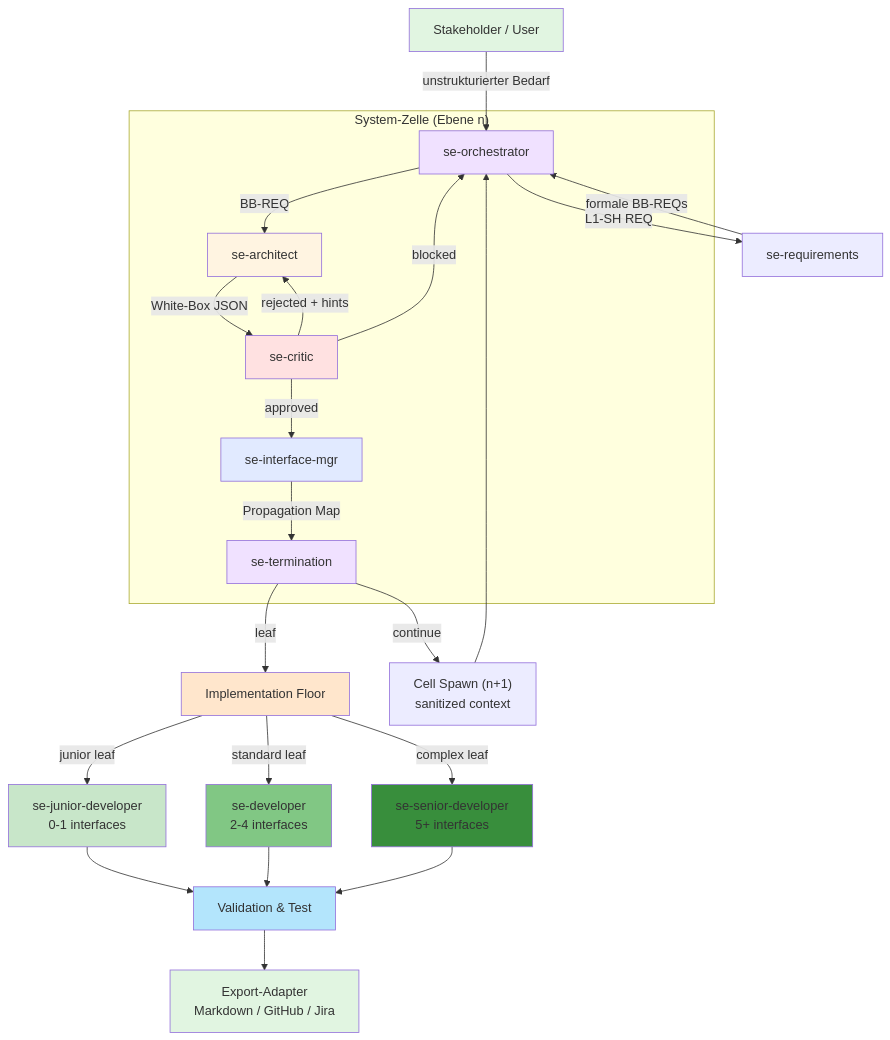
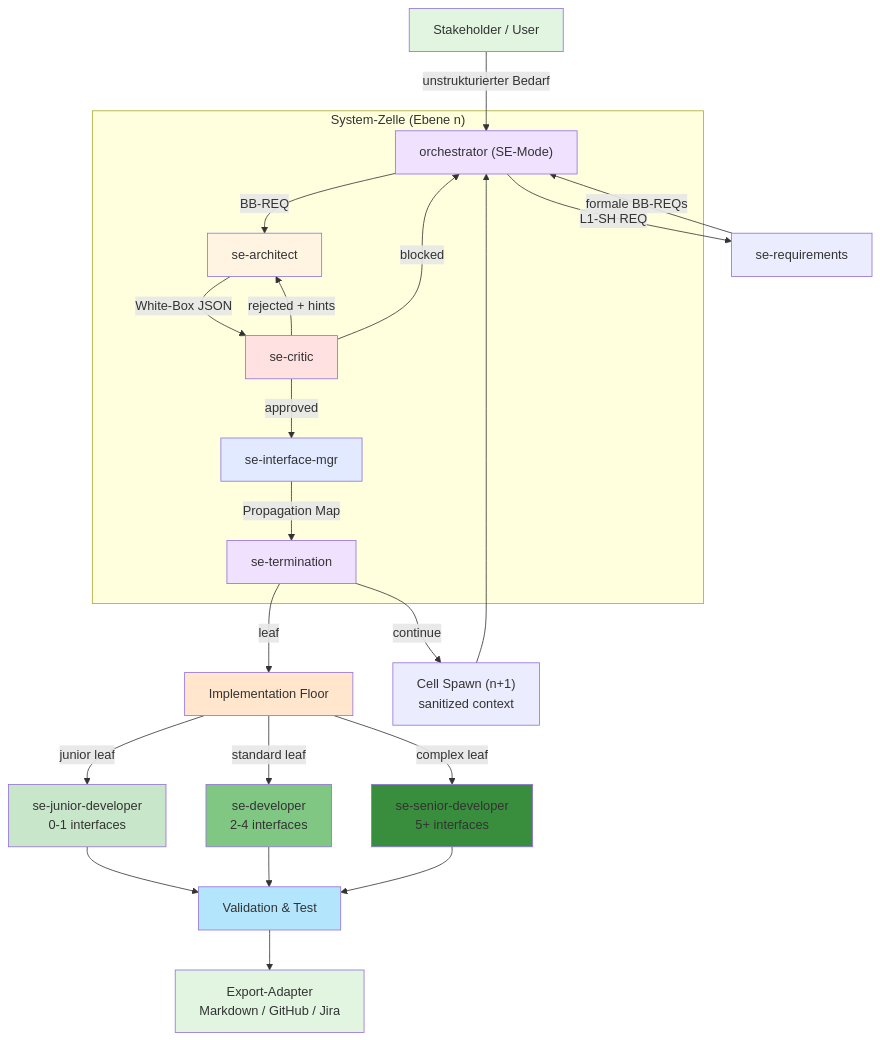
Before and after one commit to Popoboxxo/agent-meta: the first of 4 diagrams in docs/architecture/07-se-cascade.md, drawn with Mermaid. The commit also changed other lines of this file and 75 other files, not shown here.

````diff
--- a/docs/architecture/07-se-cascade.md
+++ b/docs/architecture/07-se-cascade.md
@@ -20,41 +20,41 @@
 ```mermaid
 graph TD
-    USER["Stakeholder / User"] -->|unstrukturierter Bedarf| ORCH["se-orchestrator"]
+    USER["Stakeholder / User"] -->|unstrukturierter Bedarf| ORCH["orchestrator (SE-Mode)"]
     ORCH -->|L1-SH REQ| REQ["se-requirements"]
     REQ -->|formale BB-REQs| ORCH
 
     subgraph "System-Zelle (Ebene n)"
         ORCH -->|BB-REQ| ARCH["se-architect"]
         ARCH -->|White-Box JSON| CRIT["se-critic"]
         CRIT -->|approved| IFM["se-interface-mgr"]
         CRIT -->|rejected + hints| ARCH
         CRIT -->|blocked| ORCH
         IFM -->|Propagation Map| TERM["se-termination"]
     end
 
     TERM -->|leaf| IMP["Implementation Floor"]
     TERM -->|continue| SPAWN["Cell Spawn (n+1)<br/>sanitized context"]
     SPAWN --> ORCH
 
     IMP -->|junior leaf| JUNIOR["se-junior-developer<br/>0-1 interfaces"]
     IMP -->|standard leaf| DEV["se-developer<br/>2-4 interfaces"]
     IMP -->|complex leaf| SENIOR["se-senior-developer<br/>5+ interfaces"]
 
     JUNIOR --> VALIDATE["Validation & Test"]
     DEV --> VALIDATE
     SENIOR --> VALIDATE
     VALIDATE --> EXPORT["Export-Adapter<br/>Markdown / GitHub / Jira"]
 
     style USER fill:#e1f5e1
     style ORCH fill:#f0e1ff
     style ARCH fill:#fff4e1
     style CRIT fill:#ffe1e1
     style IFM fill:#e1eaff
     style TERM fill:#f0e1ff
     style IMP fill:#ffe6cc
     style JUNIOR fill:#c8e6c9
     style DEV fill:#81c784
     style SENIOR fill:#388e3c
     style VALIDATE fill:#b3e5fc
     style EXPORT fill:#e1f5e1
 ```
````
